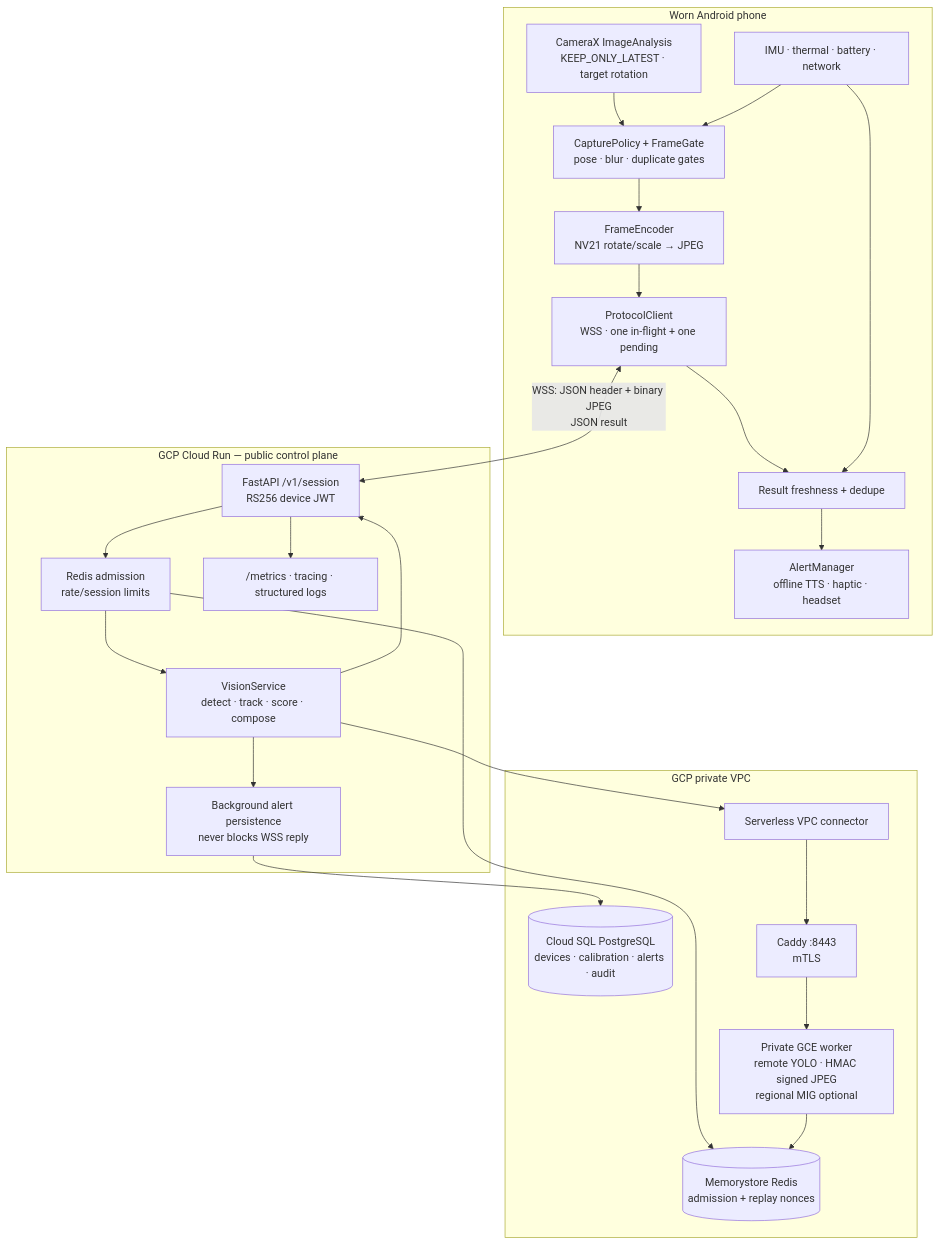
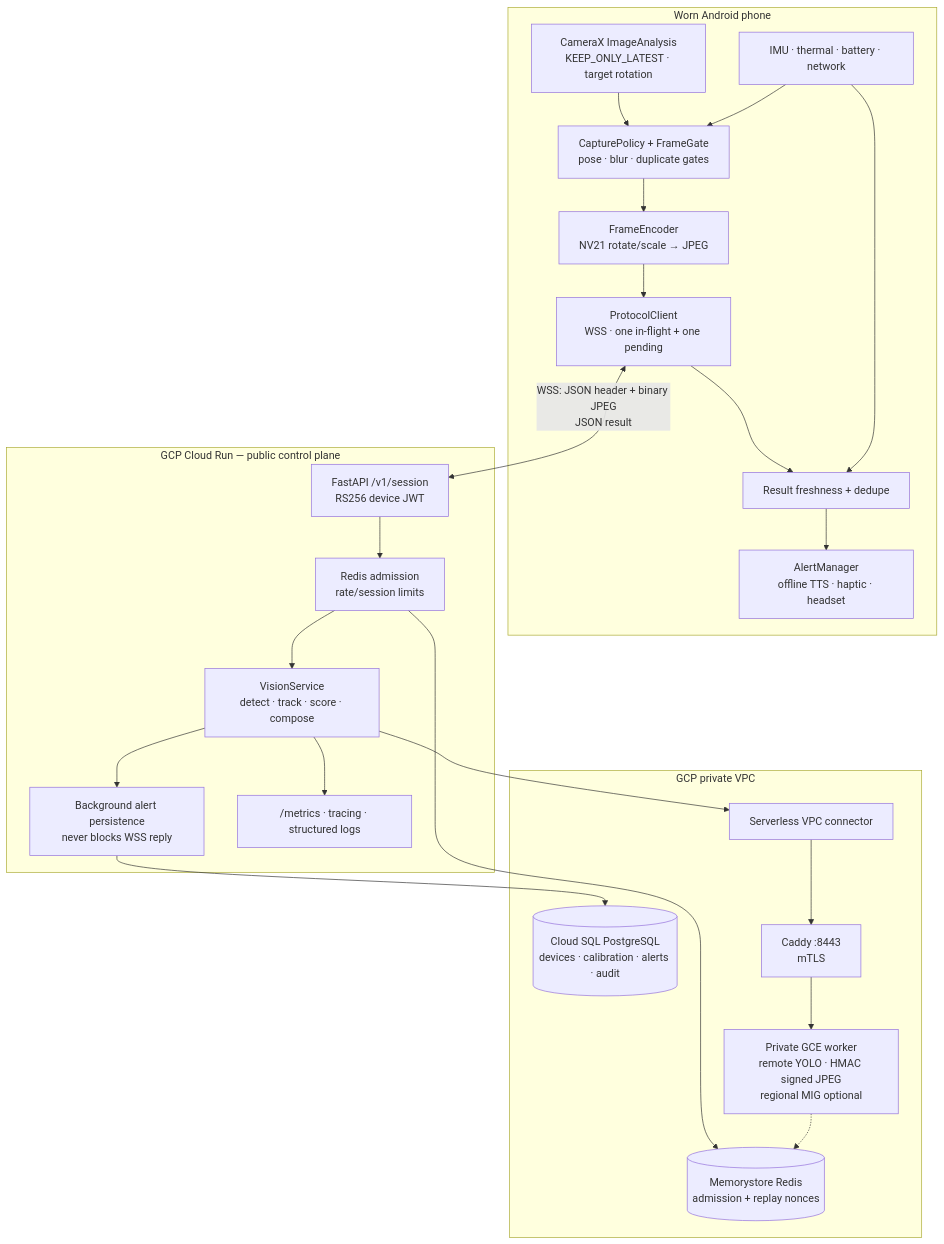
One commit to kethanva/akshrava changed the first of 4 diagrams in README.md. Above: the diagram before and after it, drawn with Mermaid. The commit also changed other lines of this file, not shown here.

Commit message:
docs: complete end-to-end architecture README

````diff
--- a/README.md
+++ b/README.md
@@ -14,41 +14,40 @@
 ```mermaid
 flowchart TB
   subgraph Phone["Worn Android phone"]
     Camera["CameraX ImageAnalysis\nKEEP_ONLY_LATEST · target rotation"]
     Capture["CapturePolicy + FrameGate\npose · blur · duplicate gates"]
     Encode["FrameEncoder\nNV21 rotate/scale → JPEG"]
     Socket["ProtocolClient\nWSS · one in-flight + one pending"]
     Result["Result freshness + dedupe"]
     Alert["AlertManager\noffline TTS · haptic · headset"]
     Sensors["IMU · thermal · battery · network"]
     Camera --> Capture --> Encode --> Socket --> Result --> Alert
     Sensors --> Capture
     Sensors --> Result
   end
 
   subgraph CloudRun["GCP Cloud Run — public control plane"]
     Session["FastAPI /v1/session\nRS256 device JWT"]
     Admission["Redis admission\nrate/session limits"]
     Service["VisionService\ndetect · track · score · compose"]
     Persist["Background alert persistence\nnever blocks WSS reply"]
     Metrics["/metrics · tracing · structured logs"]
     Session --> Admission --> Service --> Persist
-    Service --> Session
-    Session --> Metrics
+    Service --> Metrics
   end
 
   subgraph Private["GCP private VPC"]
     Redis[("Memorystore Redis\nadmission + replay nonces")]
     SQL[("Cloud SQL PostgreSQL\ndevices · calibration · alerts · audit")]
     Connector["Serverless VPC connector"]
     Caddy["Caddy :8443\nmTLS"]
     Worker["Private GCE worker\nremote YOLO · HMAC signed JPEG\nregional MIG optional"]
     Connector --> Caddy --> Worker
   end
 
   Socket <-->|"WSS: JSON header + binary JPEG\nJSON result"| Session
   Admission --> Redis
   Persist --> SQL
   Service --> Connector
-  Worker --> Redis
+  Worker -.-> Redis
 ```
````
